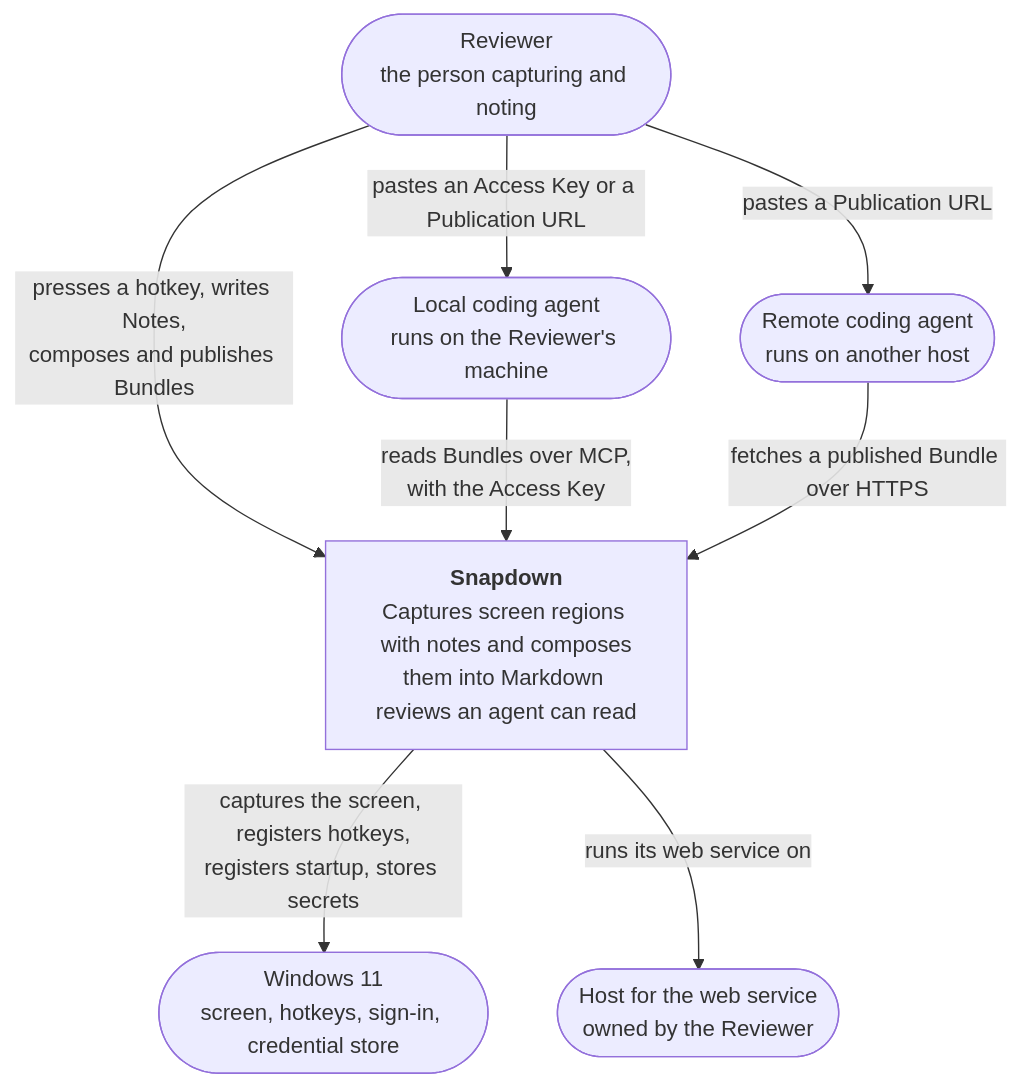
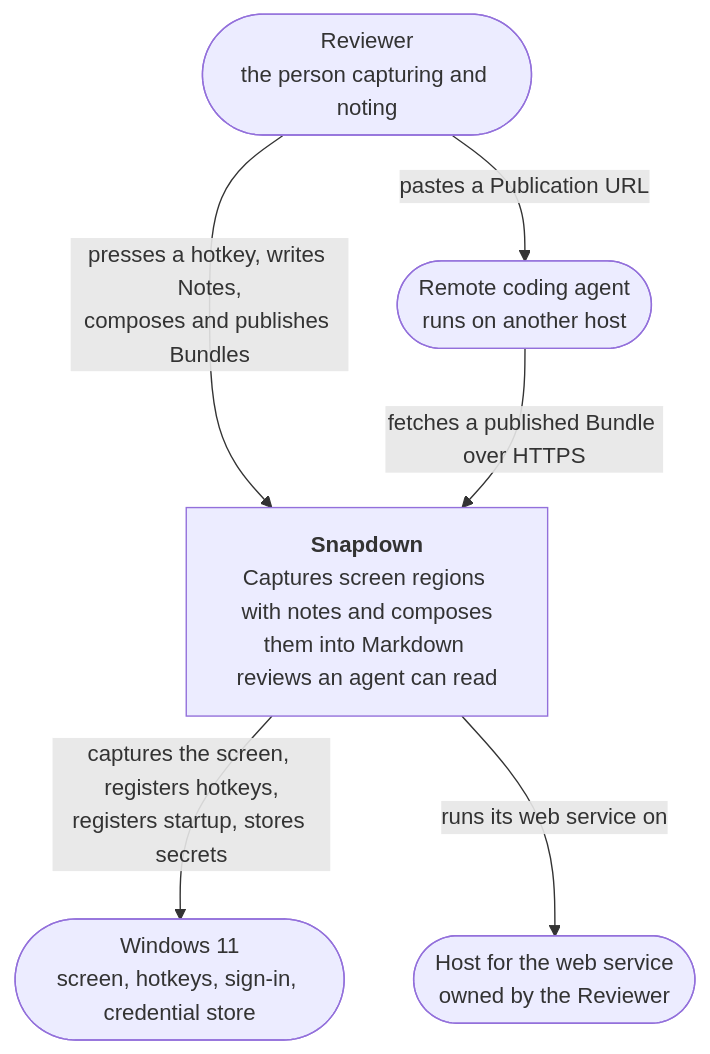
The diagram in .how/_platform/c4-l1-system-context.md (wiradigitalid/snapdown), drawn with Mermaid before and after one commit. The commit also changed other lines of this file and 49 other files, not shown here.

````diff
--- a/.how/_platform/c4-l1-system-context.md
+++ b/.how/_platform/c4-l1-system-context.md
@@ -12,19 +12,16 @@
 ```mermaid
 graph TB
     R(["Reviewer<br/>the person capturing and noting"])
-    LA(["Local coding agent<br/>runs on the Reviewer's machine"])
     RA(["Remote coding agent<br/>runs on another host"])
 
     S["<b>Snapdown</b><br/>Captures screen regions with notes and composes<br/>them into Markdown reviews an agent can read"]
 
     W(["Windows 11<br/>screen, hotkeys, sign-in, credential store"])
     H(["Host for the web service<br/>owned by the Reviewer"])
 
     R -->|"presses a hotkey, writes Notes,<br/>composes and publishes Bundles"| S
-    R -->|"pastes an Access Key or a Publication URL"| LA
     R -->|"pastes a Publication URL"| RA
-    LA -->|"reads Bundles over MCP,<br/>with the Access Key"| S
     RA -->|"fetches a published Bundle over HTTPS"| S
     S -->|"captures the screen, registers hotkeys,<br/>registers startup, stores secrets"| W
     S -->|"runs its web service on"| H
 ```
````
